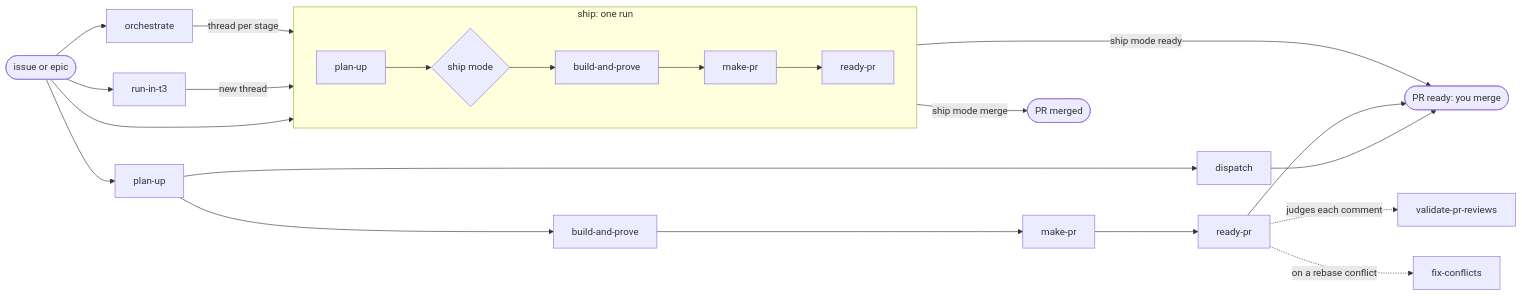
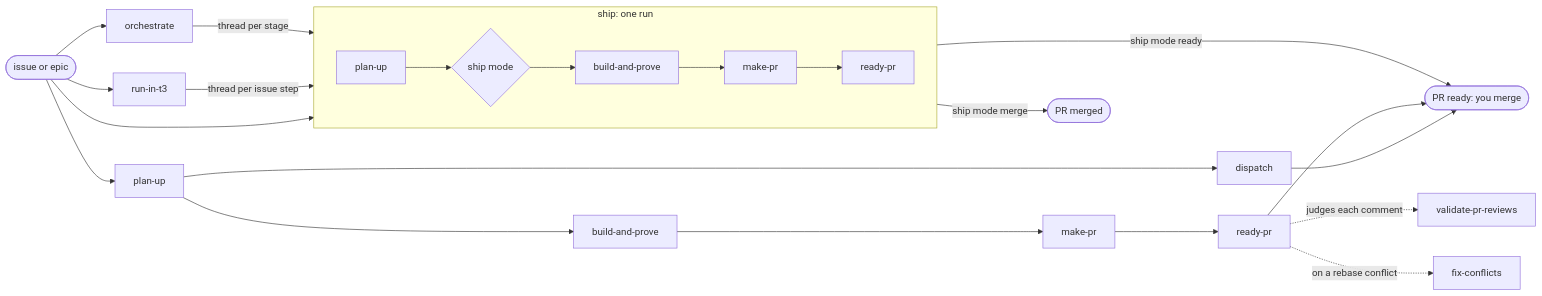
The second of 2 diagrams in README.md (linhvu0711/skills), drawn with Mermaid before and after one commit. The commit also changed other lines of this file and 7 other files, not shown here.

````diff
--- a/README.md
+++ b/README.md
@@ -36,21 +36,21 @@
 ```mermaid
 flowchart LR
   ticket([issue or epic]) --> ship
   ticket --> kickofft3[run-in-t3]
   ticket --> orchestrate[orchestrate]
   ticket --> planup[plan-up]
-  kickofft3 -->|new thread| ship
+  kickofft3 -->|thread per issue step| ship
   orchestrate -->|thread per stage| ship
   subgraph ship [ship: one run]
     direction LR
     sp[plan-up] --> sm2{ship mode} --> sb[build-and-prove] --> sm[make-pr] --> sr[ready-pr]
   end
   planup --> bp[build-and-prove] --> makepr[make-pr] --> readypr[ready-pr]
   planup --> ho[dispatch]
   ship -->|ship mode ready| done([PR ready: you merge])
   ship -->|ship mode merge| merged([PR merged])
   ho --> done
   readypr --> done
   readypr -.->|judges each comment| vpr[validate-pr-reviews]
   readypr -.->|on a rebase conflict| fc[fix-conflicts]
 ```
````
